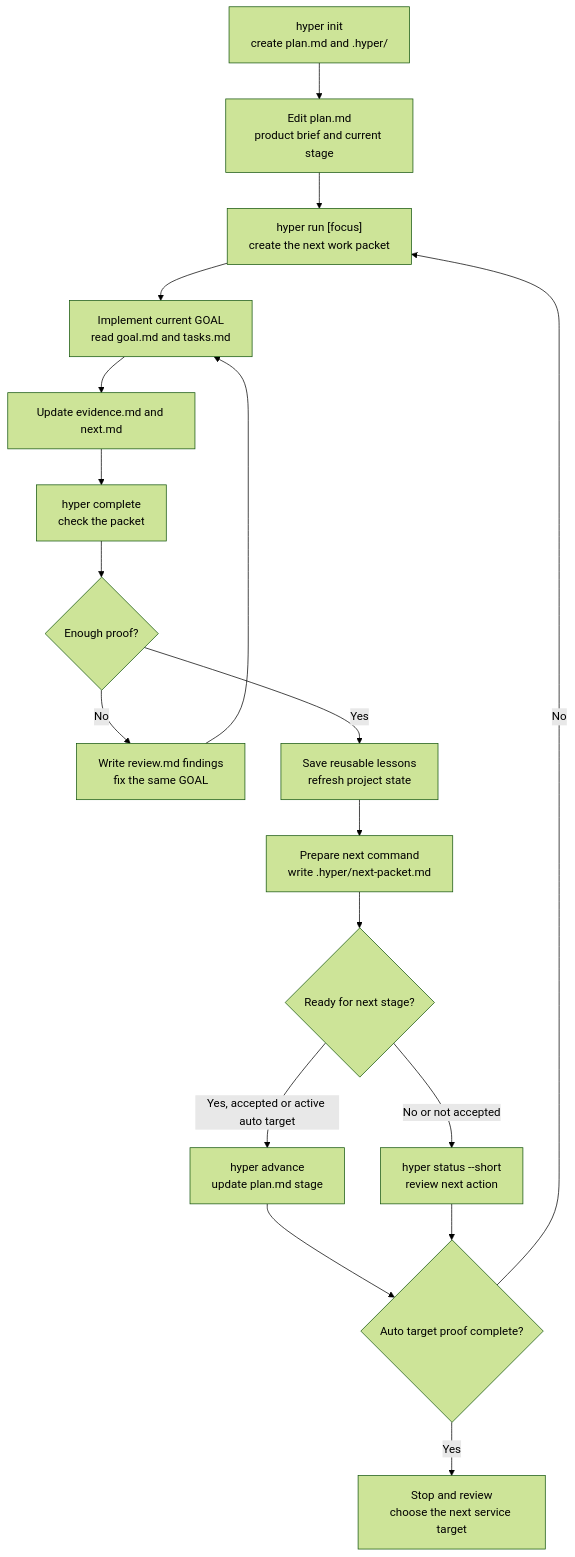
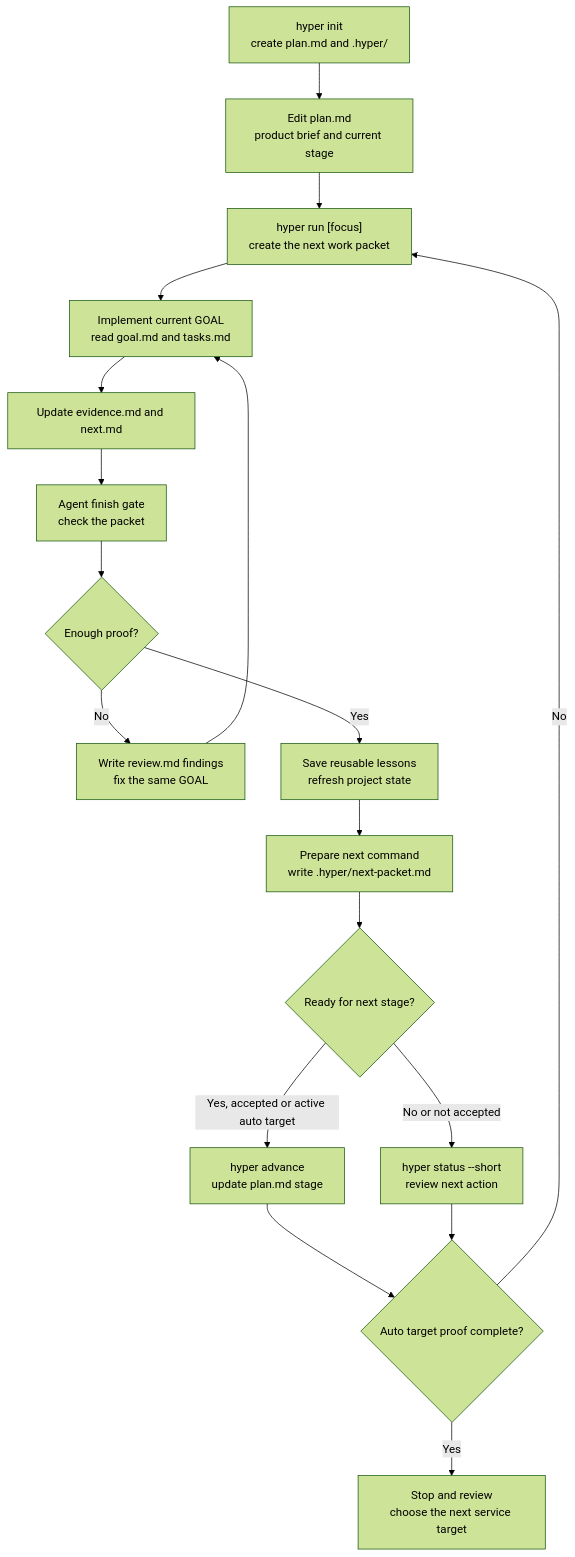
Before and after one commit to KoreanCode/orange-hyper-run: the diagram in README.md, drawn with Mermaid (forest theme). The commit also changed other lines of this file and 18 other files, not shown here.

Commit message:
Hide complete from normal user flow

````diff
--- a/README.md
+++ b/README.md
@@ -170,20 +169,20 @@
 ```mermaid
 flowchart TD
   A["hyper init<br/>create plan.md and .hyper/"] --> B["Edit plan.md<br/>product brief and current stage"]
   B --> C["hyper run [focus]<br/>create the next work packet"]
   C --> D["Implement current GOAL<br/>read goal.md and tasks.md"]
   D --> E["Update evidence.md and next.md"]
-  E --> F["hyper complete<br/>check the packet"]
+  E --> F["Agent finish gate<br/>check the packet"]
   F --> G{"Enough proof?"}
   G -- "No" --> H["Write review.md findings<br/>fix the same GOAL"]
   H --> D
   G -- "Yes" --> I["Save reusable lessons<br/>refresh project state"]
   I --> J["Prepare next command<br/>write .hyper/next-packet.md"]
   J --> K{"Ready for next stage?"}
   K -- "Yes, accepted or active auto target" --> L["hyper advance<br/>update plan.md stage"]
   K -- "No or not accepted" --> M["hyper status --short<br/>review next action"]
   L --> N{"Auto target proof complete?"}
   M --> N
   N -- "No" --> C
   N -- "Yes" --> O["Stop and review<br/>choose the next service target"]
 ```
````
